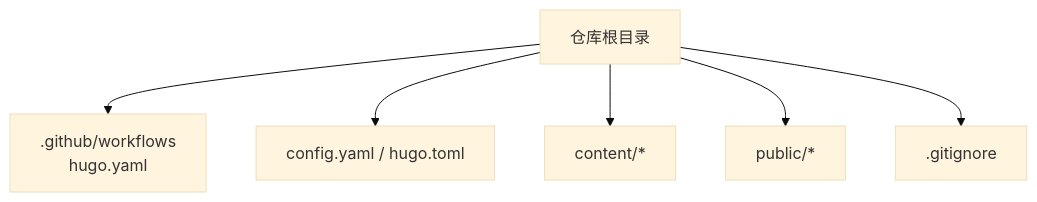
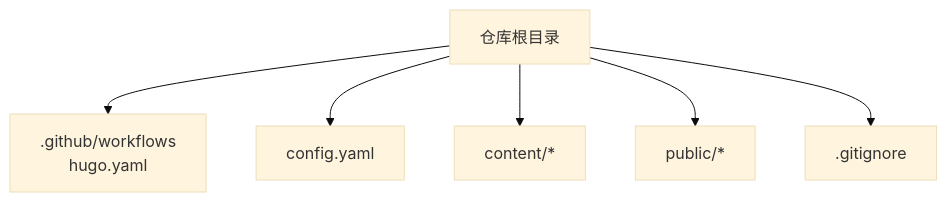
One commit to nianjiang/nianjiang.github.io changed the first of 3 diagrams in .qoder/repowiki/zh/content/部署与维护/CI_CD流水线.md. Above: the diagram before and after it, drawn with Mermaid (base theme). The commit also changed other lines of this file and 21 other files, not shown here.

````diff
--- a/.qoder/repowiki/zh/content/部署与维护/CI_CD流水线.md
+++ b/.qoder/repowiki/zh/content/部署与维护/CI_CD流水线.md
@@ -33,8 +41,8 @@
 ```mermaid
 graph TB
 A["仓库根目录"] --> B[".github/workflows<br/>hugo.yaml"]
-A --> C["config.yaml / hugo.toml"]
+A --> C["config.yaml"]
 A --> D["content/*"]
 A --> E["public/*"]
 A --> F[".gitignore"]
 ```
````
